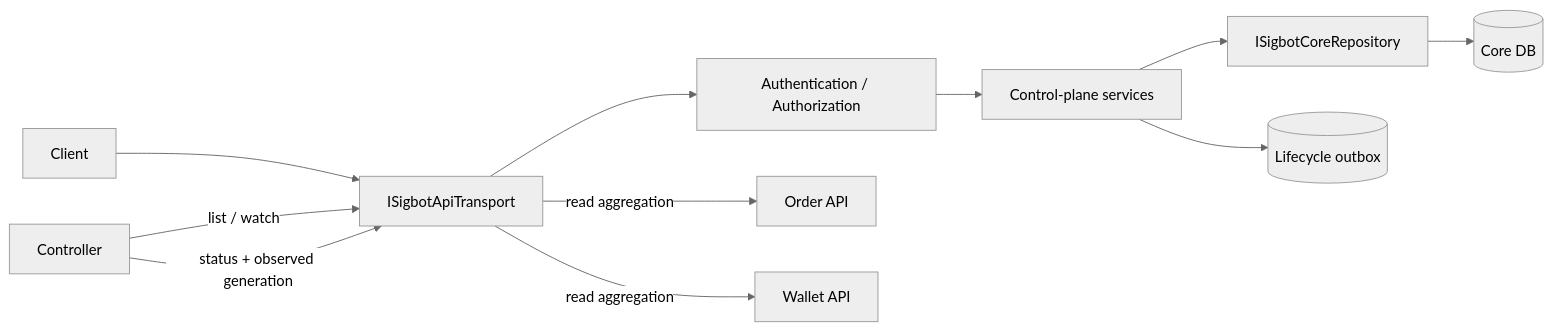
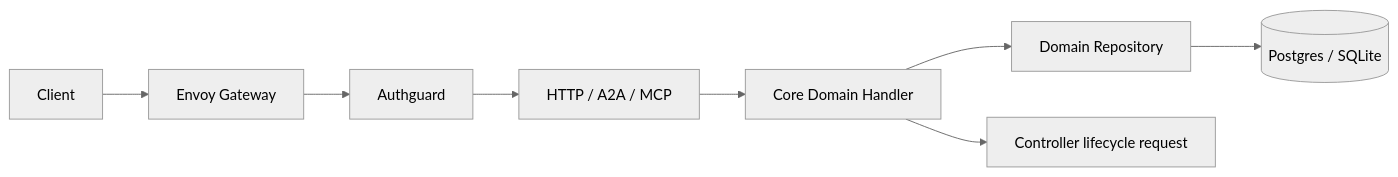
One commit to sigbot-labs/sigbot-core changed the diagram in docs/architecture/engine/apiserver/overview.md. Above: the diagram before and after it, drawn with Mermaid (neutral theme). The commit also changed other lines of this file and 1371 other files, not shown here.

````diff
--- a/docs/architecture/engine/apiserver/overview.md
+++ b/docs/architecture/engine/apiserver/overview.md
@@ -31,13 +34,10 @@
 ```mermaid
 flowchart LR
-    Client --> Transport[ISigbotApiTransport]
-    Transport --> Auth[Authentication / Authorization]
-    Auth --> Service[Control-plane services]
-    Service --> Repo[ISigbotCoreRepository]
-    Repo --> DB[(Core DB)]
-    Service --> Outbox[(Lifecycle outbox)]
-    Controller -->|list / watch| Transport
-    Controller -->|status + observed generation| Transport
-    Transport -->|read aggregation| OrderApi[Order API]
-    Transport -->|read aggregation| WalletApi[Wallet API]
+    Client --> Gateway[Envoy Gateway]
+    Gateway --> Authguard
+    Authguard --> Adapter[HTTP / A2A / MCP]
+    Adapter --> Handler[Core Domain Handler]
+    Handler --> Repository[Domain Repository]
+    Repository --> DB[(Postgres / SQLite)]
+    Handler --> Controller[Controller lifecycle request]
 ```
````
